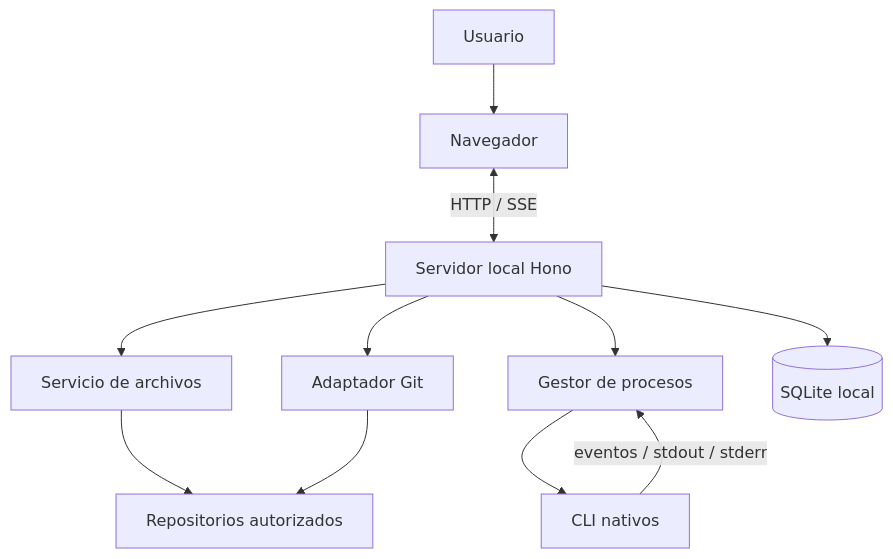
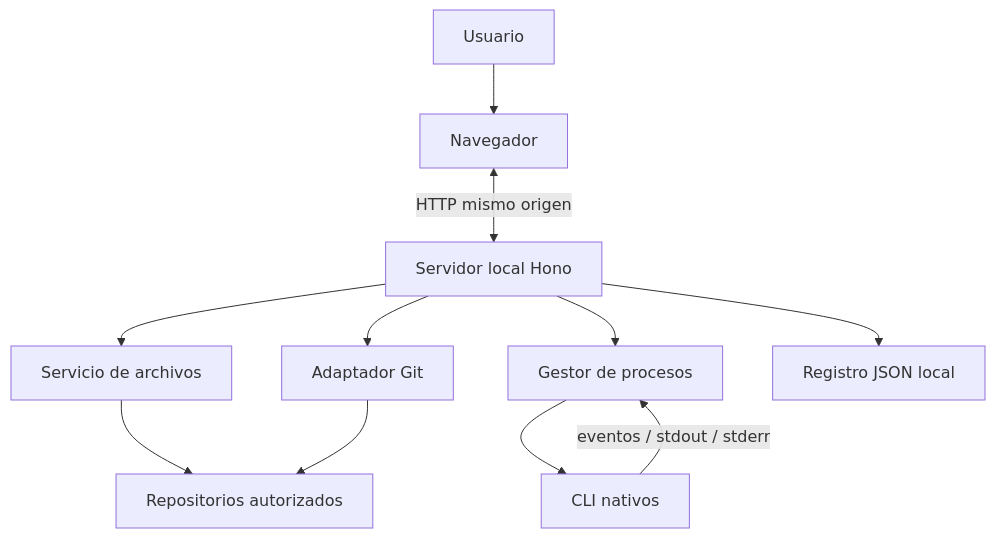
One commit to RaulCE22/agentic-workbench changed the diagram in docs/architecture/overview.md. Above: the diagram before and after it, drawn with Mermaid. The commit also changed other lines of this file and 44 other files, not shown here.

````diff
--- a/docs/architecture/overview.md
+++ b/docs/architecture/overview.md
@@ -7,13 +7,13 @@
 ```mermaid
 flowchart TB
   U[Usuario] --> B[Navegador]
-  B <-->|HTTP / SSE| L[Servidor local Hono]
+  B <-->|HTTP mismo origen| L[Servidor local Hono]
   L --> F[Servicio de archivos]
   L --> G[Adaptador Git]
   L --> P[Gestor de procesos]
   P --> C[CLI nativos]
-  L --> D[(SQLite local)]
+  L --> D[Registro JSON local]
   C -->|eventos / stdout / stderr| P
   F --> R[Repositorios autorizados]
   G --> R
 ```
````
